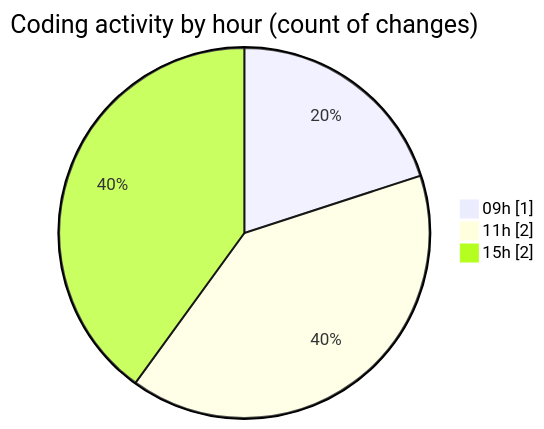
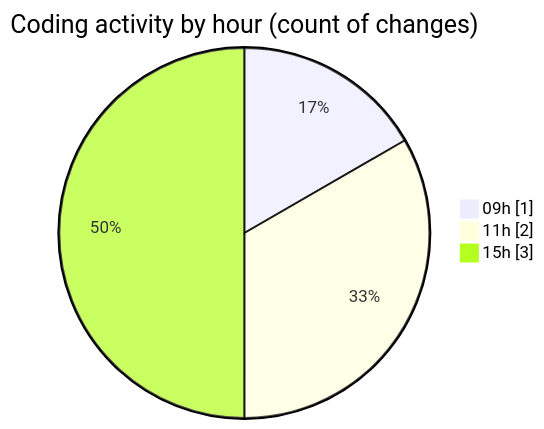
The second of 2 diagrams in 2026-02-06/enviar_facturas/README.md (LanceThiago/code-tracking), drawn with Mermaid before and after one commit. The commit also changed other lines of this file and 1 other file, not shown here.

````diff
--- a/2026-02-06/enviar_facturas/README.md
+++ b/2026-02-06/enviar_facturas/README.md
@@ -30,7 +30,7 @@
 ```mermaid
 pie showData
 title Coding activity by hour (count of changes)
 "09h" : 1
 "11h" : 2
-"15h" : 2
+"15h" : 3
 ```
````
